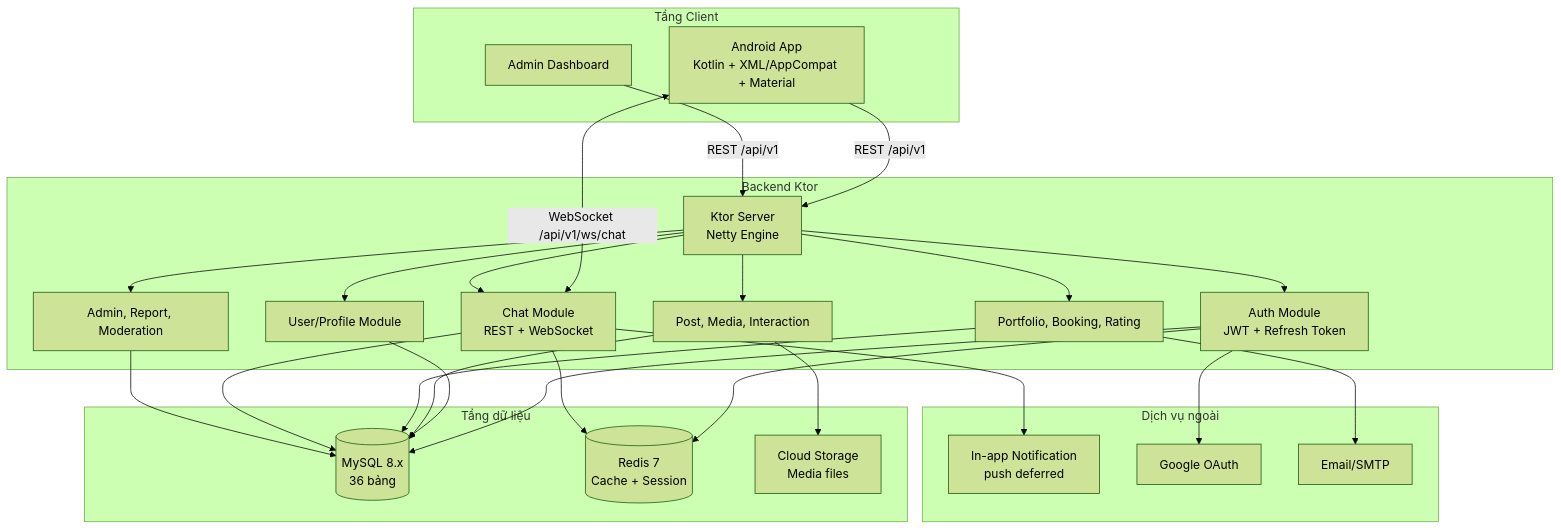
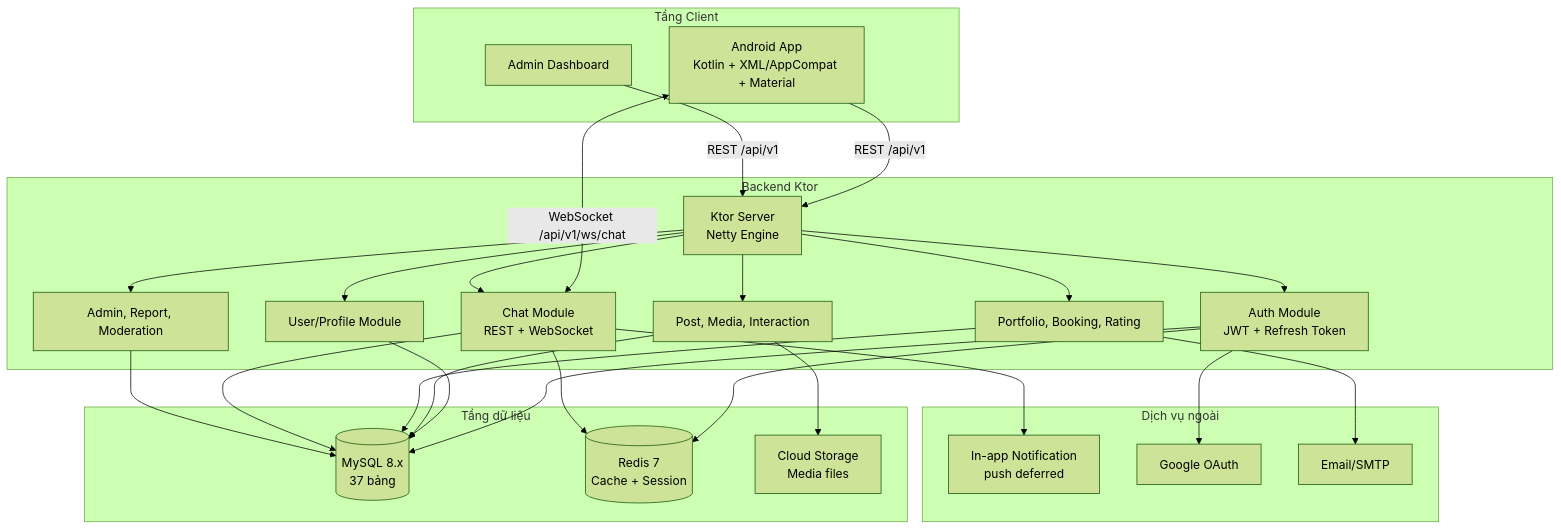
The diagram in docs_backend/Chương 2/Kiến trúc và API/1_KienTruc_Va_API.md (PhamNgoc04/InstaGallery-Backend), drawn with Mermaid (forest theme) before and after one commit. The commit also changed 46 other files, not shown here.

````diff
--- a/docs_backend/Chương 2/Kiến trúc và API/1_KienTruc_Va_API.md
+++ b/docs_backend/Chương 2/Kiến trúc và API/1_KienTruc_Va_API.md
@@ -9,54 +9,54 @@
 ```mermaid
 graph TD
     subgraph Client["Tầng Client"]
         Android["Android App\nKotlin + XML/AppCompat + Material"]
         Admin["Admin Dashboard"]
     end
 
     subgraph Backend["Backend Ktor"]
         Ktor["Ktor Server\nNetty Engine"]
         Auth["Auth Module\nJWT + Refresh Token"]
         User["User/Profile Module"]
         Post["Post, Media, Interaction"]
         Booking["Portfolio, Booking, Rating"]
         Chat["Chat Module\nREST + WebSocket"]
         AdminMod["Admin, Report, Moderation"]
     end
 
     subgraph Data["Tầng dữ liệu"]
-        MySQL[("MySQL 8.x\n36 bảng")]
+        MySQL[("MySQL 8.x\n37 bảng")]
         Redis[("Redis 7\nCache + Session")]
         Storage["Cloud Storage\nMedia files"]
     end
 
     subgraph External["Dịch vụ ngoài"]
         InAppNotif["In-app Notification\npush deferred"]
         OAuth["Google OAuth"]
         Email["Email/SMTP"]
     end
 
     Android -->|REST /api/v1| Ktor
     Admin -->|REST /api/v1| Ktor
     Android <-->|WebSocket /api/v1/ws/chat| Chat
 
     Ktor --> Auth
     Ktor --> User
     Ktor --> Post
     Ktor --> Booking
     Ktor --> Chat
     Ktor --> AdminMod
 
     Auth --> MySQL
     User --> MySQL
     Post --> MySQL
     Booking --> MySQL
     Chat --> MySQL
     AdminMod --> MySQL
 
     Auth --> Redis
     Chat --> Redis
     Post --> Storage
     Auth --> OAuth
     Booking --> Email
     Chat --> InAppNotif
 ```
````
